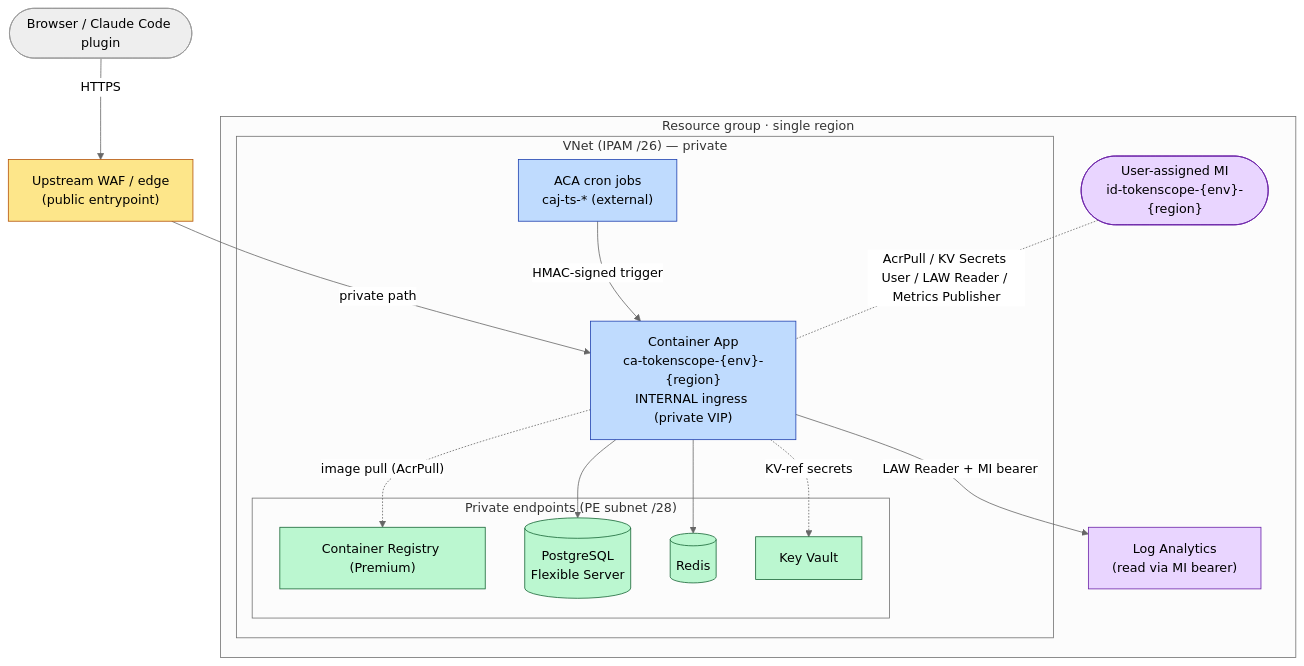
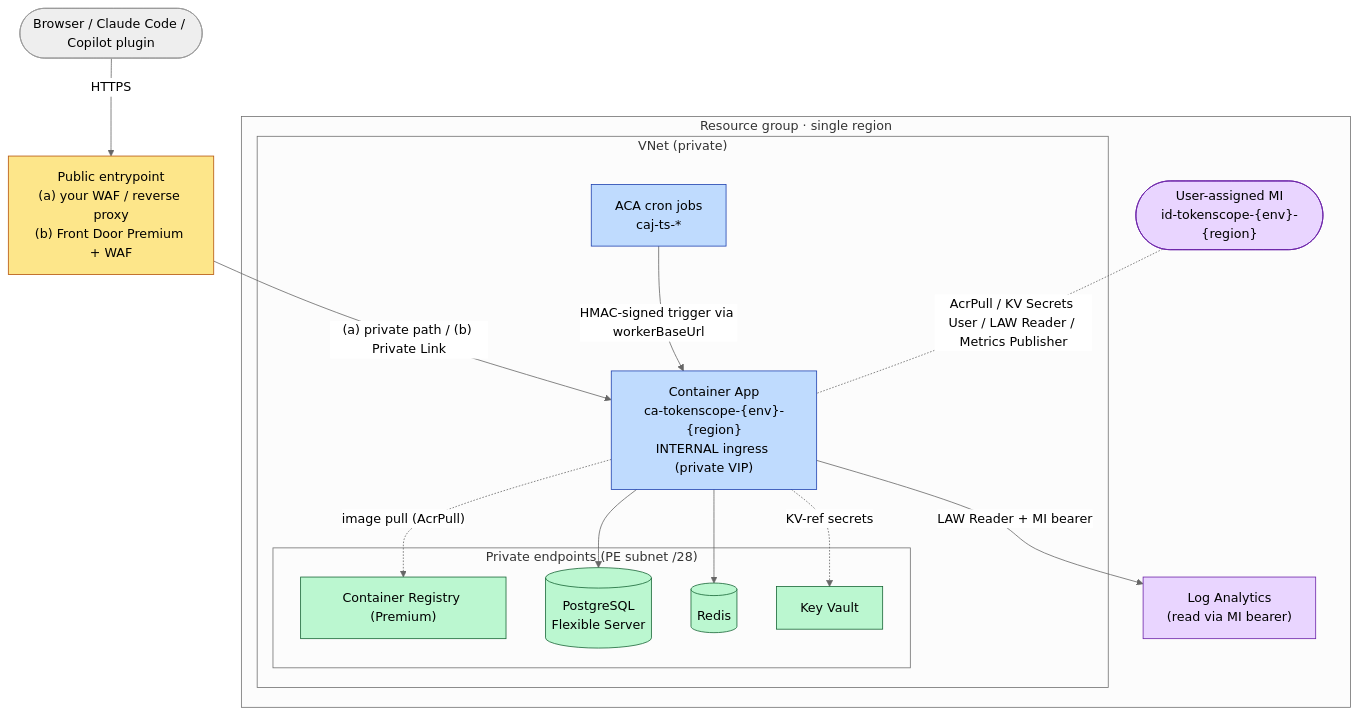
Before and after one commit to Insight-Services-APAC/tokenscope-public: the first of 2 diagrams in docs/wiki/Deployment-and-Operations.md, drawn with Mermaid (neutral theme). The commit also changed other lines of this file and 66 other files, not shown here.

Commit message:
Release snapshot 2026-09-29 (cba982b4): tested staging/production deployment with Front Door Premium over Private Link, example GitHub Actions workflows, public docs sweep

````diff
--- a/docs/wiki/Deployment-and-Operations.md
+++ b/docs/wiki/Deployment-and-Operations.md
@@ -24,39 +28,39 @@
 ```mermaid
 flowchart TB
-  client([Browser / Claude Code plugin])
-  waf["Upstream WAF / edge<br/>(public entrypoint)"]
+  client([Browser / Claude Code / Copilot plugin])
+  edge["Public entrypoint<br/>(a) your WAF / reverse proxy<br/>(b) Front Door Premium + WAF"]
 
   subgraph rg["Resource group · single region"]
-    subgraph vnet["VNet (IPAM /26) — private"]
+    subgraph vnet["VNet (private)"]
       ca["Container App<br/>ca-tokenscope-{env}-{region}<br/>INTERNAL ingress (private VIP)"]
-      cron["ACA cron jobs<br/>caj-ts-* (external)"]
+      cron["ACA cron jobs<br/>caj-ts-*"]
       subgraph pe["Private endpoints (PE subnet /28)"]
         acr["Container Registry (Premium)"]
         pg[("PostgreSQL<br/>Flexible Server")]
         redis[("Redis")]
         kv["Key Vault"]
       end
     end
     mi(["User-assigned MI<br/>id-tokenscope-{env}-{region}"])
     law["Log Analytics<br/>(read via MI bearer)"]
   end
 
-  client -->|HTTPS| waf
-  waf -->|private path| ca
+  client -->|HTTPS| edge
+  edge -->|"(a) private path / (b) Private Link"| ca
   ca -. KV-ref secrets .-> kv
   ca --> pg
   ca --> redis
   ca -. image pull (AcrPull) .-> acr
   ca -->|LAW Reader + MI bearer| law
-  cron -->|HMAC-signed trigger| ca
+  cron -->|HMAC-signed trigger via workerBaseUrl| ca
   mi -. AcrPull / KV Secrets User / LAW Reader / Metrics Publisher .- ca
 
   classDef public fill:#fde68a,stroke:#b45309,color:#000;
   classDef app fill:#bfdbfe,stroke:#1e40af,color:#000;
   classDef data fill:#bbf7d0,stroke:#166534,color:#000;
   classDef ident fill:#e9d5ff,stroke:#6b21a8,color:#000;
-  class waf public;
+  class edge public;
   class ca,cron app;
   class acr,pg,redis,kv data;
   class mi,law ident;
 ```
````
